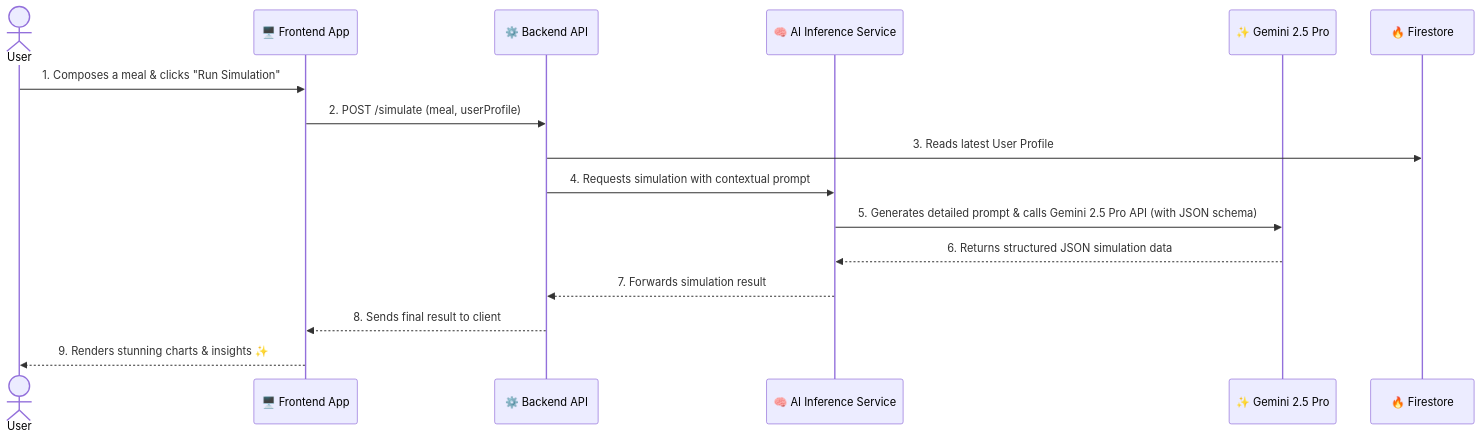
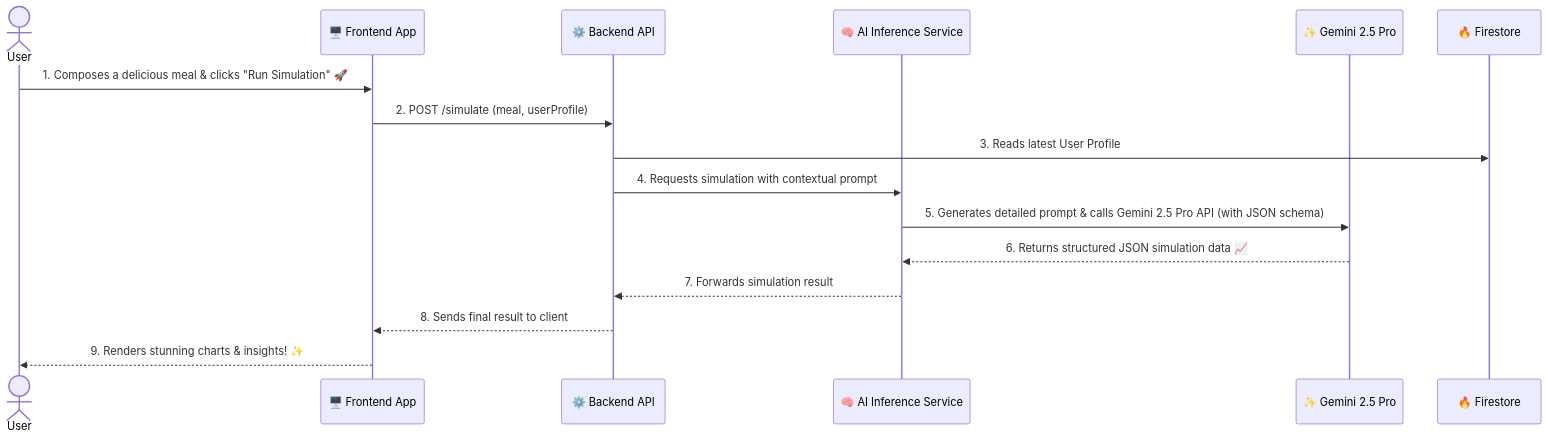
One commit to senushidinara/Nutriguide changed the second of 3 diagrams in README.md. Above: the diagram before and after it, drawn with Mermaid. The commit also changed other lines of this file and 1 other file, not shown here.

````diff
--- a/README.md
+++ b/README.md
@@ -97,19 +97,19 @@
   ```mermaid
   sequenceDiagram
     actor User
     participant App as 🖥️ Frontend App
     participant API as ⚙️ Backend API
     participant Inference as 🧠 AI Inference Service
     participant Gemini as ✨ Gemini 2.5 Pro
     participant Firestore as 🔥 Firestore
 
-    User->>App: 1. Composes a meal & clicks "Run Simulation"
+    User->>App: 1. Composes a delicious meal & clicks "Run Simulation" 🚀
     App->>API: 2. POST /simulate (meal, userProfile)
     API->>Firestore: 3. Reads latest User Profile
     API->>Inference: 4. Requests simulation with contextual prompt
     Inference->>Gemini: 5. Generates detailed prompt & calls Gemini 2.5 Pro API (with JSON schema)
-    Gemini-->>Inference: 6. Returns structured JSON simulation data
+    Gemini-->>Inference: 6. Returns structured JSON simulation data 📈
     Inference-->>API: 7. Forwards simulation result
     API-->>App: 8. Sends final result to client
-    App-->>User: 9. Renders stunning charts & insights ✨
+    App-->>User: 9. Renders stunning charts & insights! ✨
   ```
````
